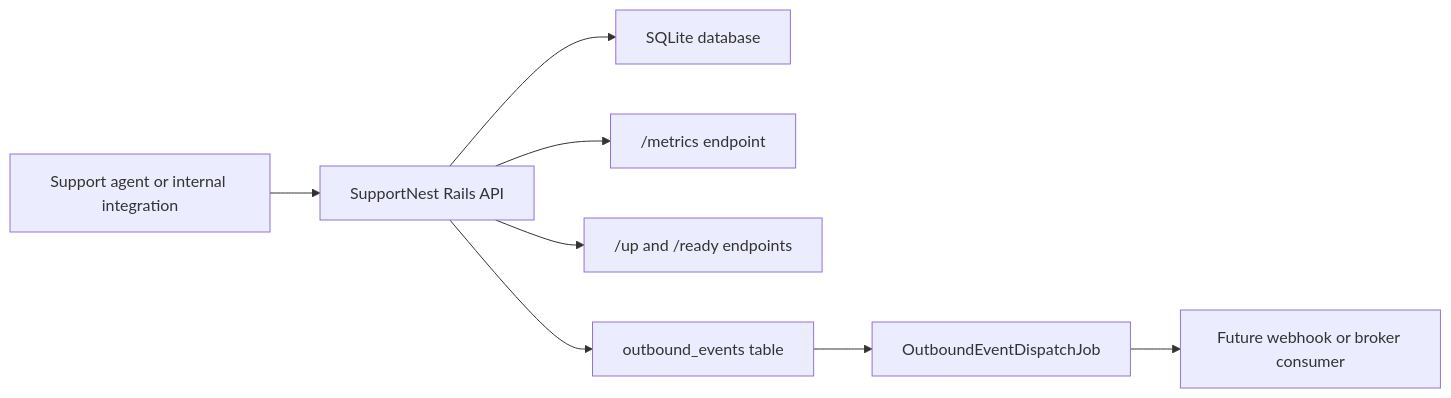
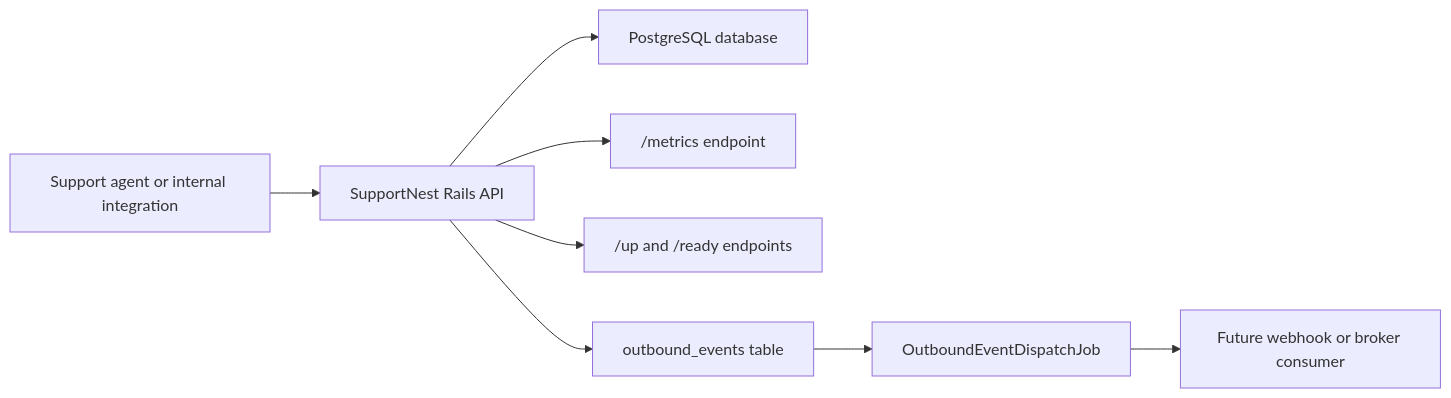
Before and after one commit to Defyland/supportnest-rails-saas: the diagram in docs/diagrams/container.md, drawn with Mermaid. The commit also changed 30 other files, not shown here.

````diff
--- a/docs/diagrams/container.md
+++ b/docs/diagrams/container.md
@@ -3,10 +3,10 @@
 ```mermaid
 flowchart LR
   Client["Support agent or internal integration"] --> API["SupportNest Rails API"]
-  API --> DB["SQLite database"]
+  API --> DB["PostgreSQL database"]
   API --> Metrics["/metrics endpoint"]
   API --> Health["/up and /ready endpoints"]
   API --> Outbox["outbound_events table"]
   Outbox --> Job["OutboundEventDispatchJob"]
   Job --> Downstream["Future webhook or broker consumer"]
 ```
````
